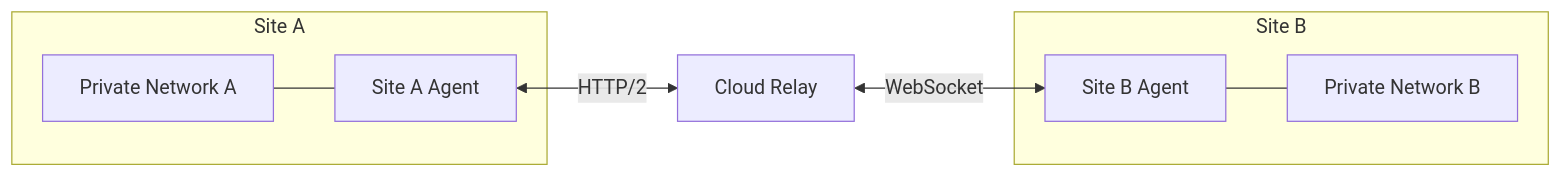
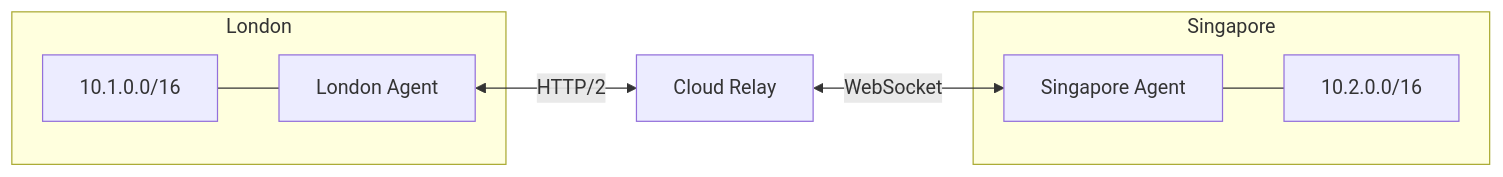
The third of 4 diagrams in docs/docs/intro.md (postalsys/Muti-Metroo), drawn with Mermaid before and after one commit. The commit also changed other lines of this file, not shown here.

````diff
--- a/docs/docs/intro.md
+++ b/docs/docs/intro.md
@@ -77,13 +70,13 @@
 ```mermaid
 flowchart LR
-    subgraph SiteA[Site A]
-        NetA[Private Network A] --- AgentA[Site A Agent]
+    subgraph London
+        LondonNet[10.1.0.0/16] --- LondonAgent[London Agent]
     end
 
-    subgraph SiteB[Site B]
-        AgentB[Site B Agent] --- NetB[Private Network B]
+    subgraph Singapore
+        SingaporeAgent[Singapore Agent] --- SingaporeNet[10.2.0.0/16]
     end
 
-    AgentA <-->|HTTP/2| Cloud[Cloud Relay]
-    Cloud <-->|WebSocket| AgentB
+    LondonAgent <-->|HTTP/2| Relay[Cloud Relay]
+    Relay <-->|WebSocket| SingaporeAgent
 ```
````
